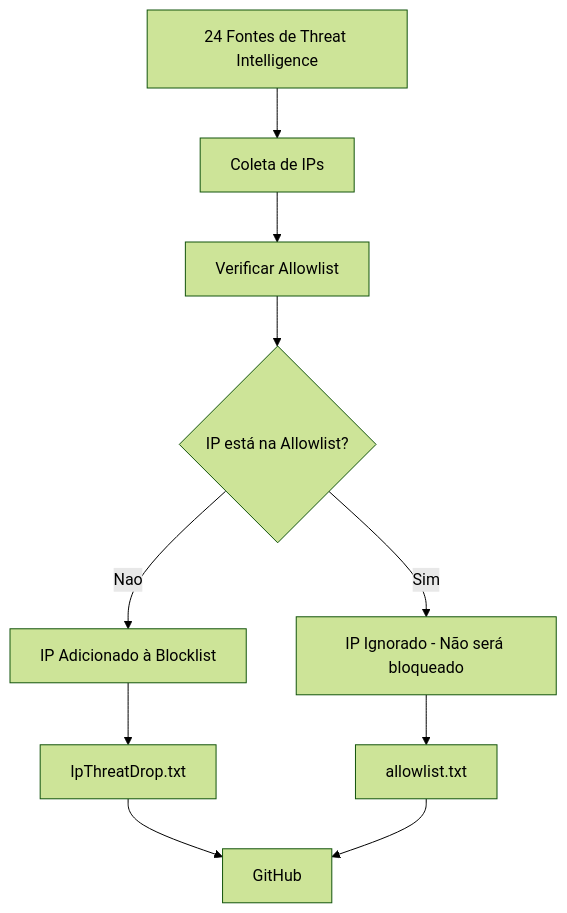
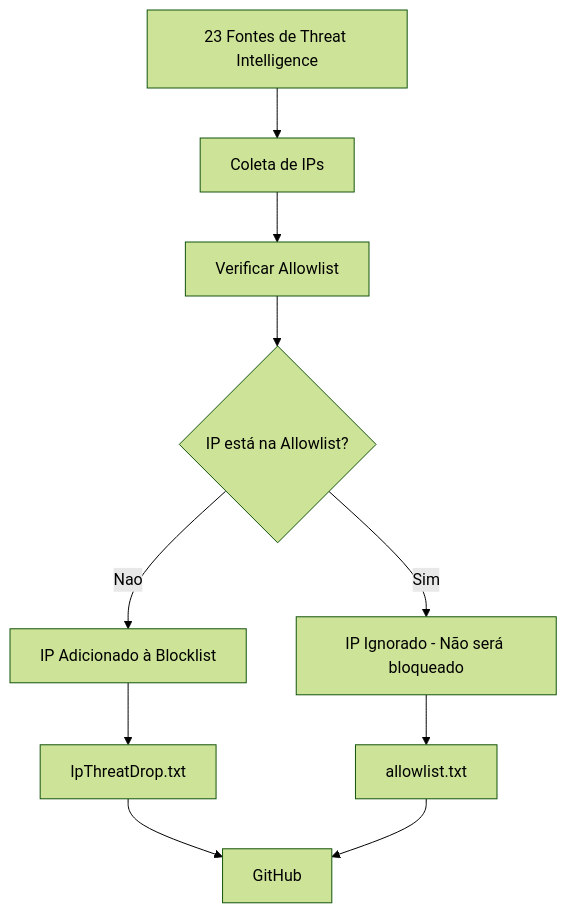
Before and after one commit to marciosx/IpThreatDrop: the diagram in README.md, drawn with Mermaid (forest theme). The commit also changed other lines of this file, not shown here.

````diff
--- a/README.md
+++ b/README.md
@@ -53,12 +56,12 @@
 ```mermaid
 graph TD
-    A[24 Fontes de Threat Intelligence] --> B[Coleta de IPs]
+    A[23 Fontes de Threat Intelligence] --> B[Coleta de IPs]
     B --> C[Verificar Allowlist]
     C --> D{IP está na Allowlist?}
     D -->|Sim| E[IP Ignorado - Não será bloqueado]
     D -->|Nao| F[IP Adicionado à Blocklist]
 	    F --> G[IpThreatDrop.txt]
     E --> H[allowlist.txt]
     G --> I[GitHub]
     H --> I
 ```
````
